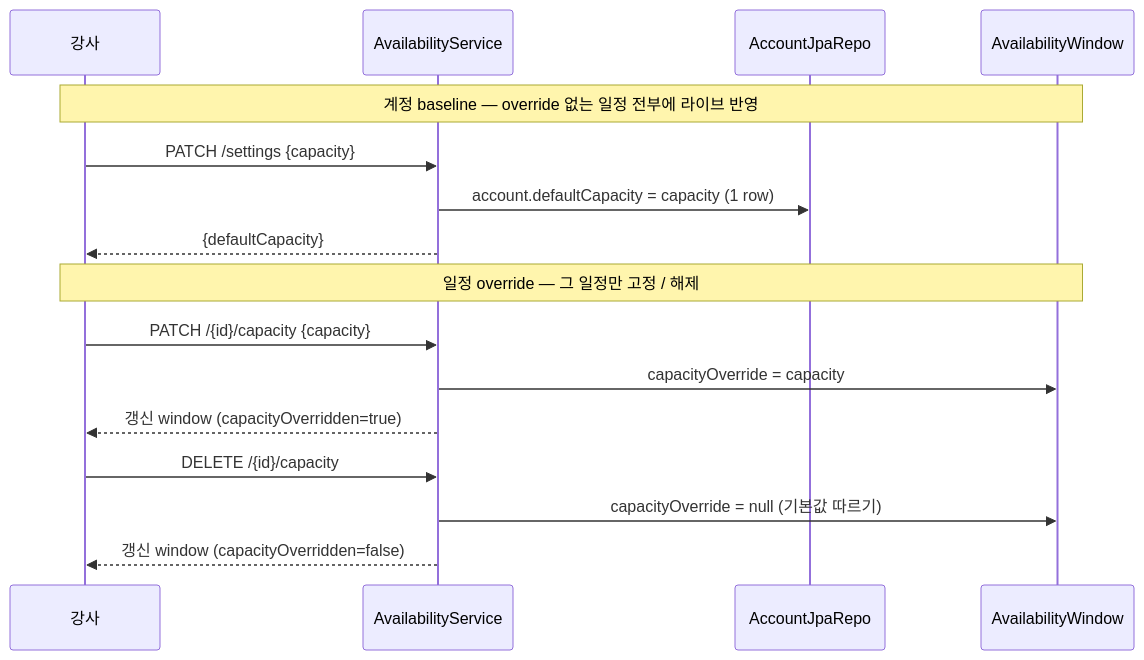
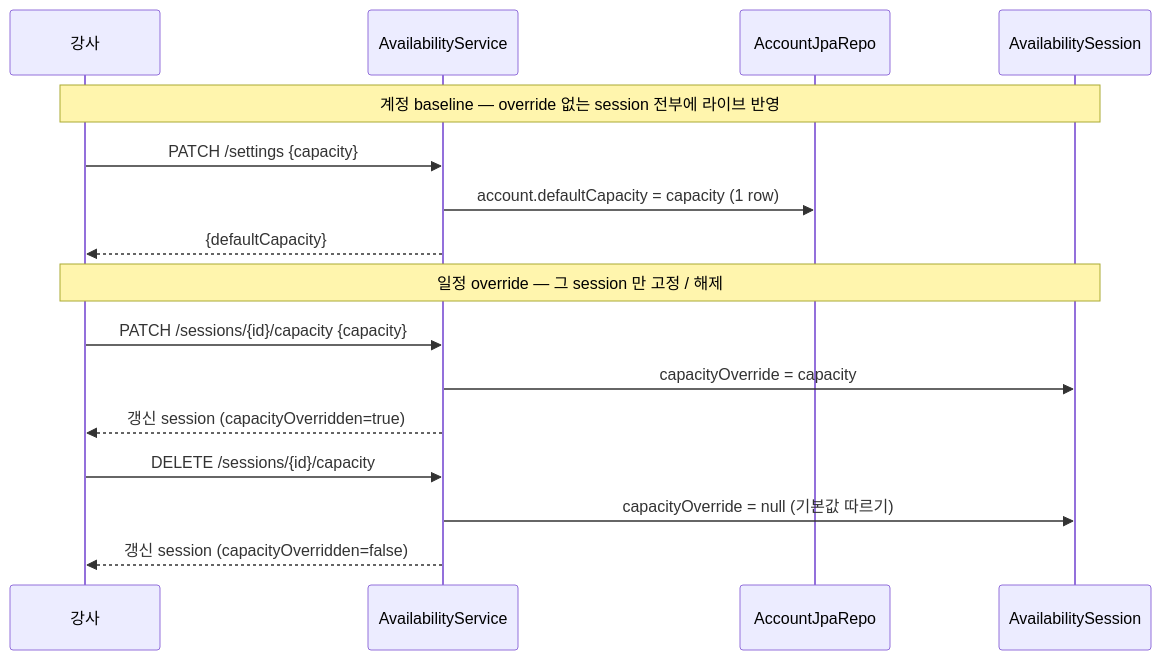
One commit to pungdong/Pungdong-Backend changed the fourth of 5 diagrams in docs/architecture/availability.md. Above: the diagram before and after it, drawn with Mermaid. The commit also changed other lines of this file and 5 other files, not shown here.

First line of the commit message:
Docs: coverage/session 2레이어 재설계 반영 (availability·enrollment 도메인/피처 문서 + CLAUDE.md)

````diff
--- a/docs/architecture/availability.md
+++ b/docs/architecture/availability.md
@@ -78,20 +100,20 @@
 ```mermaid
 sequenceDiagram
   participant I as 강사
   participant S as AvailabilityService
   participant AR as AccountJpaRepo
-  participant W as AvailabilityWindow
+  participant SE as AvailabilitySession
 
-  Note over I,W: 계정 baseline — override 없는 일정 전부에 라이브 반영
+  Note over I,SE: 계정 baseline — override 없는 session 전부에 라이브 반영
   I->>S: PATCH /settings {capacity}
   S->>AR: account.defaultCapacity = capacity (1 row)
   S-->>I: {defaultCapacity}
 
-  Note over I,W: 일정 override — 그 일정만 고정 / 해제
-  I->>S: PATCH /{id}/capacity {capacity}
-  S->>W: capacityOverride = capacity
-  S-->>I: 갱신 window (capacityOverridden=true)
-  I->>S: DELETE /{id}/capacity
-  S->>W: capacityOverride = null (기본값 따르기)
-  S-->>I: 갱신 window (capacityOverridden=false)
+  Note over I,SE: 일정 override — 그 session 만 고정 / 해제
+  I->>S: PATCH /sessions/{id}/capacity {capacity}
+  S->>SE: capacityOverride = capacity
+  S-->>I: 갱신 session (capacityOverridden=true)
+  I->>S: DELETE /sessions/{id}/capacity
+  S->>SE: capacityOverride = null (기본값 따르기)
+  S-->>I: 갱신 session (capacityOverridden=false)
 ```
````
